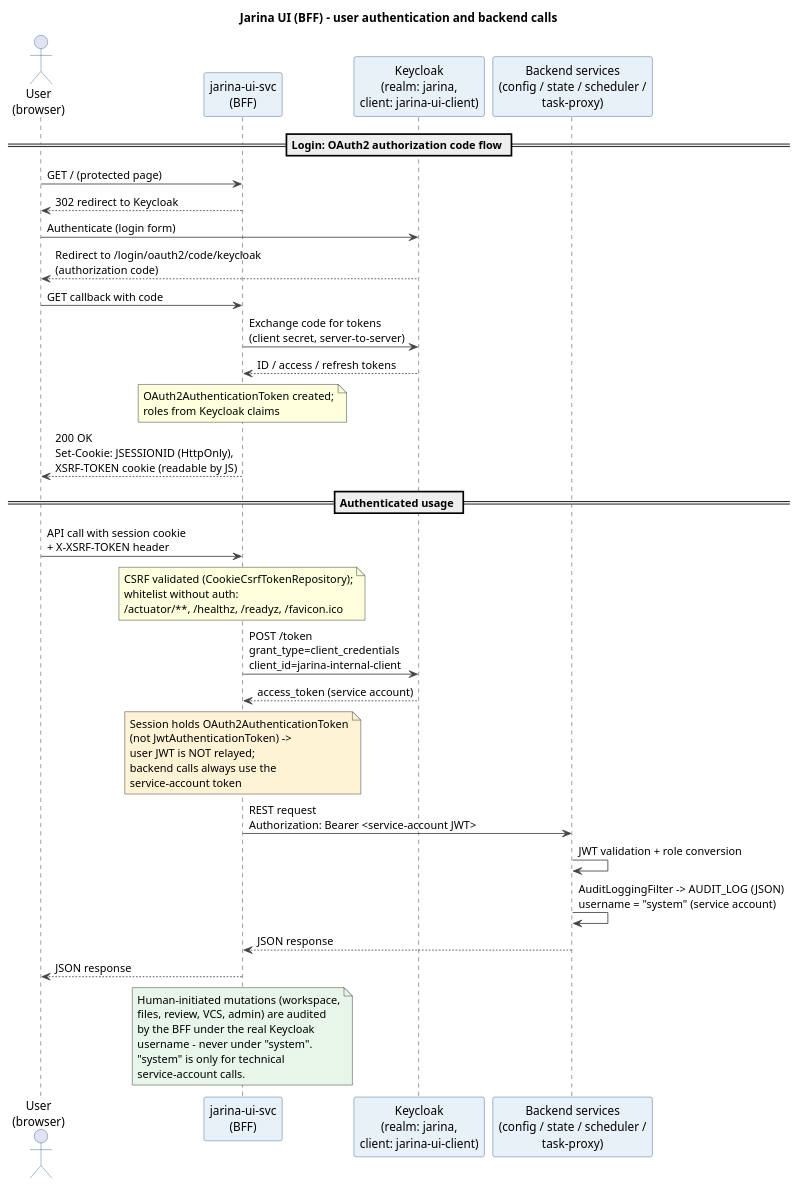
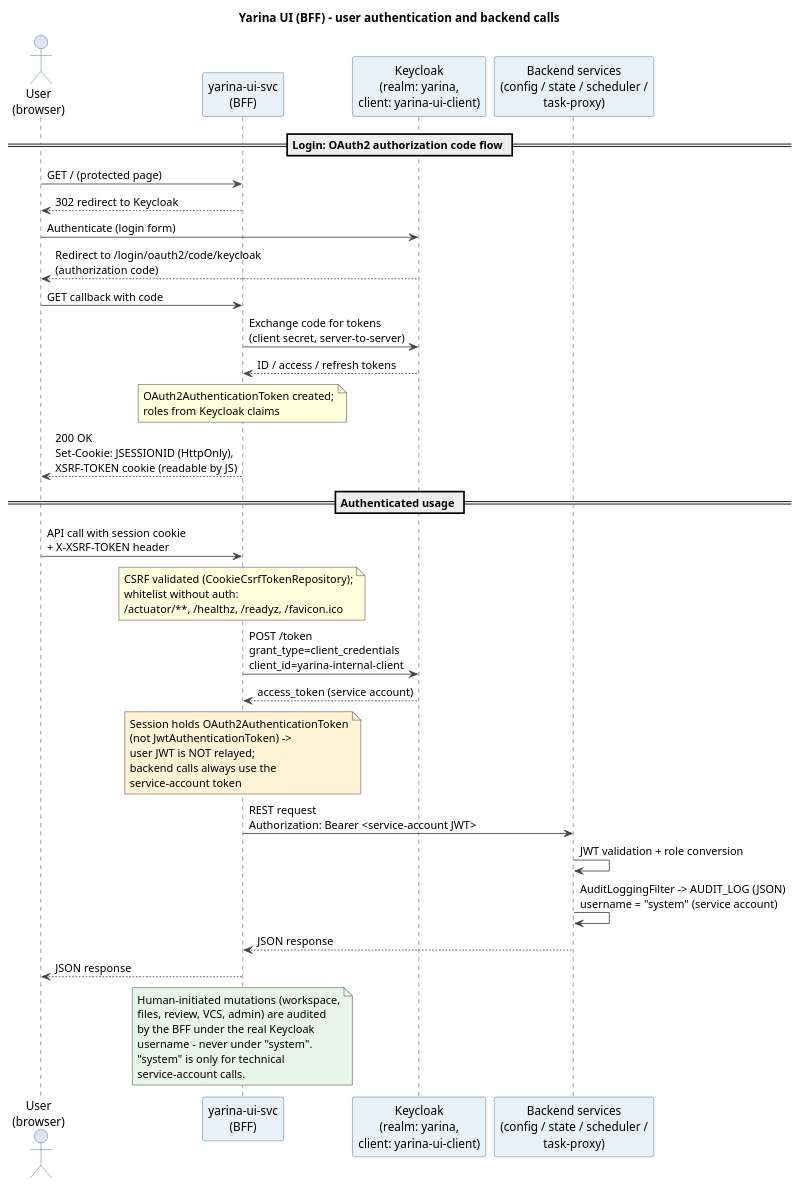
The diagram in doc/security/ui-security.puml (zaytsevdmitry/lakehouse), drawn with PlantUML before and after one commit. The commit also changed 2174 other files, not shown here.

```diff
--- a/doc/security/ui-security.puml
+++ b/doc/security/ui-security.puml
@@ -1,60 +1,60 @@
 @startuml ui-security
-title Jarina UI (BFF) - user authentication and backend calls
+title Yarina UI (BFF) - user authentication and backend calls
 
 skinparam sequence {
     ArrowColor #444444
     ActorBorderColor #2C5D8A
     LifeCycleBorderColor #2C5D8A
     ParticipantBorderColor #2C5D8A
     ParticipantBackgroundColor #E8F0F8
 }
 
 actor "User\n(browser)" as U
-participant "jarina-ui-svc\n(BFF)" as BFF
-participant "Keycloak\n(realm: jarina,\nclient: jarina-ui-client)" as KC
+participant "yarina-ui-svc\n(BFF)" as BFF
+participant "Keycloak\n(realm: yarina,\nclient: yarina-ui-client)" as KC
 participant "Backend services\n(config / state / scheduler /\ntask-proxy)" as BE
 
 == Login: OAuth2 authorization code flow ==
 
 U -> BFF : GET / (protected page)
 BFF --> U : 302 redirect to Keycloak
 U -> KC : Authenticate (login form)
 KC --> U : Redirect to /login/oauth2/code/keycloak\n(authorization code)
 U -> BFF : GET callback with code
 BFF -> KC : Exchange code for tokens\n(client secret, server-to-server)
 KC --> BFF : ID / access / refresh tokens
 note over BFF : OAuth2AuthenticationToken created;\nroles from Keycloak claims
 BFF --> U : 200 OK\nSet-Cookie: JSESSIONID (HttpOnly),\nXSRF-TOKEN cookie (readable by JS)
 
 == Authenticated usage ==
 
 U -> BFF : API call with session cookie\n+ X-XSRF-TOKEN header
 note over BFF : CSRF validated (CookieCsrfTokenRepository);\nwhitelist without auth:\n/actuator/**, /healthz, /readyz, /favicon.ico
 
-BFF -> KC : POST /token\ngrant_type=client_credentials\nclient_id=jarina-internal-client
+BFF -> KC : POST /token\ngrant_type=client_credentials\nclient_id=yarina-internal-client
 KC --> BFF : access_token (service account)
 
 note over BFF #FFF3D6
     Session holds OAuth2AuthenticationToken
     (not JwtAuthenticationToken) ->
     user JWT is NOT relayed;
     backend calls always use the
     service-account token
 end note
 
 BFF -> BE : REST request\nAuthorization: Bearer <service-account JWT>
 BE -> BE : JWT validation + role conversion
 BE -> BE : AuditLoggingFilter -> AUDIT_LOG (JSON)\nusername = "system" (service account)
 BE --> BFF : JSON response
 BFF --> U : JSON response
 
 note over BFF #E8F5E9
     Human-initiated mutations (workspace,
     files, review, VCS, admin) are audited
     by the BFF under the real Keycloak
     username - never under "system".
     "system" is only for technical
     service-account calls.
 end note
 
 @enduml
```
